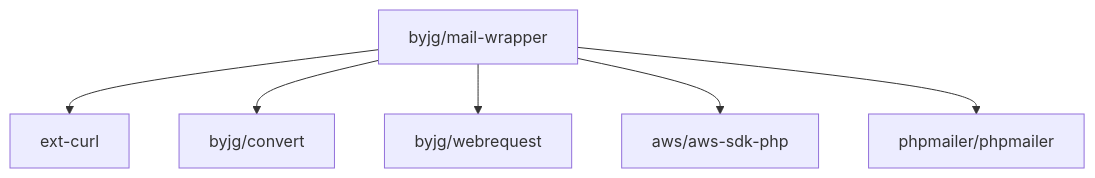
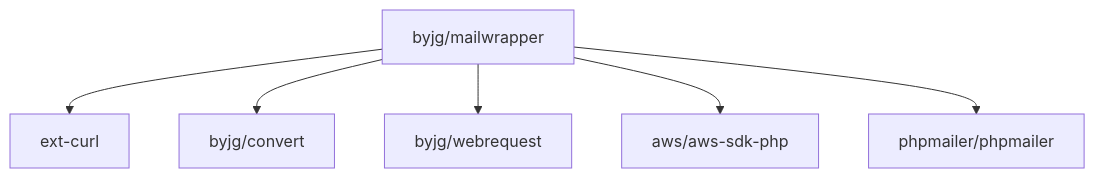
The diagram in php/mailwrapper.md (byjg/byjg.github.io), drawn with Mermaid before and after one commit. The commit also changed other lines of this file and 1 other file, not shown here.

Commit message:
Update documentation 'php' 'php-mailwrapper'

````diff
--- a/php/mailwrapper.md
+++ b/php/mailwrapper.md
@@ -235,8 +235,8 @@
 ```mermaid
 flowchart TD
-    byjg/mail-wrapper --> ext-curl
-    byjg/mail-wrapper --> byjg/convert
-    byjg/mail-wrapper --> byjg/webrequest
-    byjg/mail-wrapper --> aws/aws-sdk-php
-    byjg/mail-wrapper --> phpmailer/phpmailer
+    byjg/mailwrapper --> ext-curl
+    byjg/mailwrapper --> byjg/convert
+    byjg/mailwrapper --> byjg/webrequest
+    byjg/mailwrapper --> aws/aws-sdk-php
+    byjg/mailwrapper --> phpmailer/phpmailer
 ```
````
